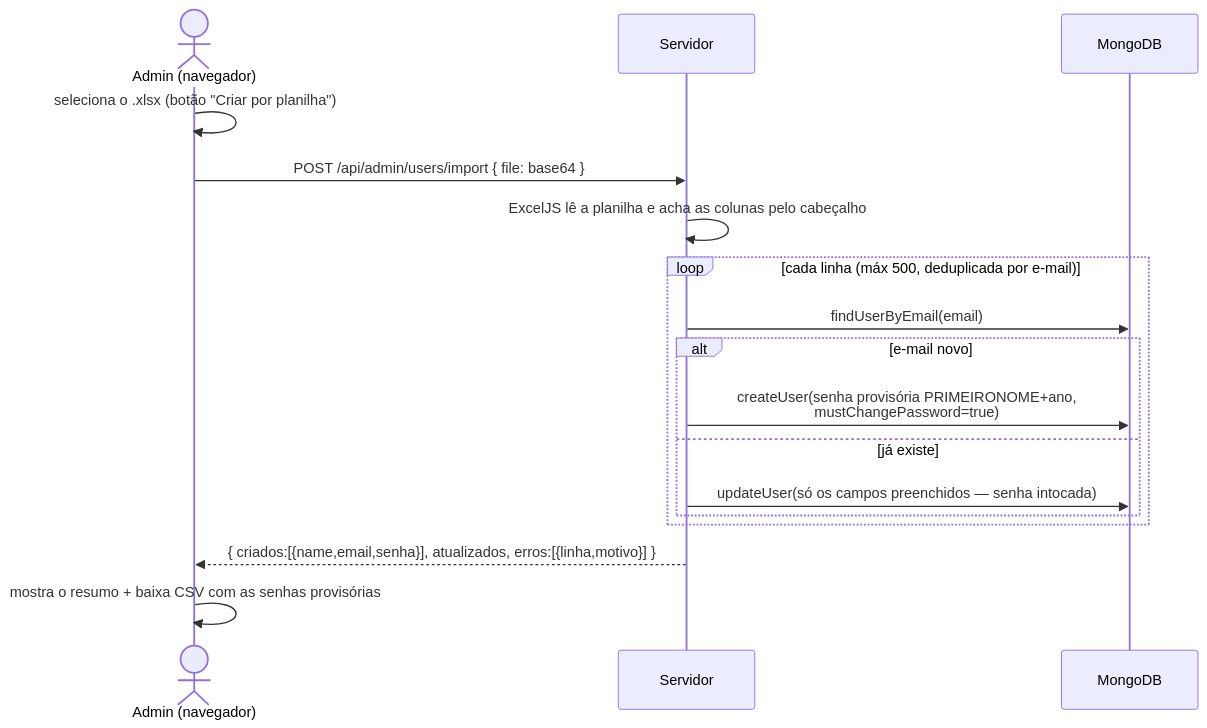
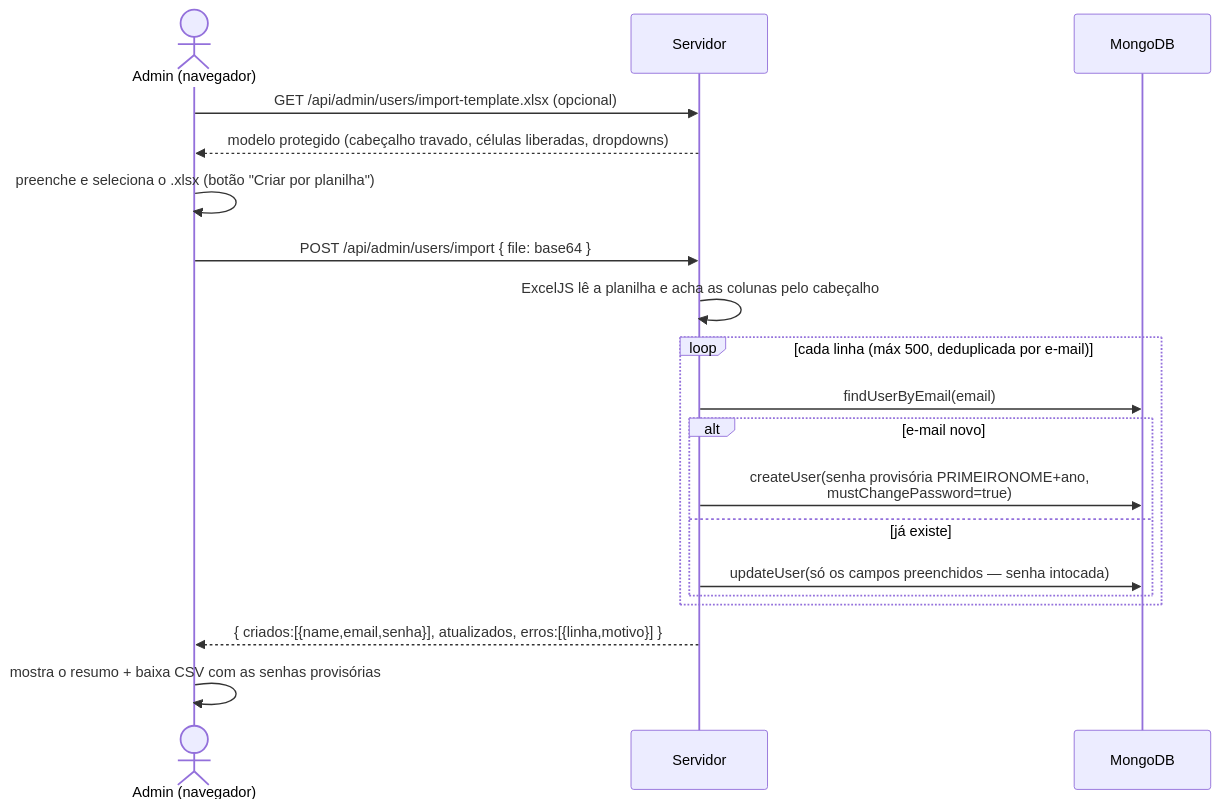
The sixth of 6 diagrams in docs/05-sequencia.md (Vaniteux2006/pdv_memphis), drawn with Mermaid before and after one commit. The commit also changed 4 other files, not shown here.

````diff
--- a/docs/05-sequencia.md
+++ b/docs/05-sequencia.md
@@ -114,19 +114,21 @@
 ```mermaid
 sequenceDiagram
   actor Ad as Admin (navegador)
   participant S as Servidor
   participant DB as MongoDB
-  Ad->>Ad: seleciona o .xlsx (botão "Criar por planilha")
+  Ad->>S: GET /api/admin/users/import-template.xlsx (opcional)
+  S-->>Ad: modelo protegido (cabeçalho travado, células liberadas, dropdowns)
+  Ad->>Ad: preenche e seleciona o .xlsx (botão "Criar por planilha")
   Ad->>S: POST /api/admin/users/import { file: base64 }
   S->>S: ExcelJS lê a planilha e acha as colunas pelo cabeçalho
   loop cada linha (máx 500, deduplicada por e-mail)
     S->>DB: findUserByEmail(email)
     alt e-mail novo
       S->>DB: createUser(senha provisória PRIMEIRONOME+ano,<br/>mustChangePassword=true)
     else já existe
       S->>DB: updateUser(só os campos preenchidos — senha intocada)
     end
   end
   S-->>Ad: { criados:[{name,email,senha}], atualizados, erros:[{linha,motivo}] }
   Ad->>Ad: mostra o resumo + baixa CSV com as senhas provisórias
 ```
````
